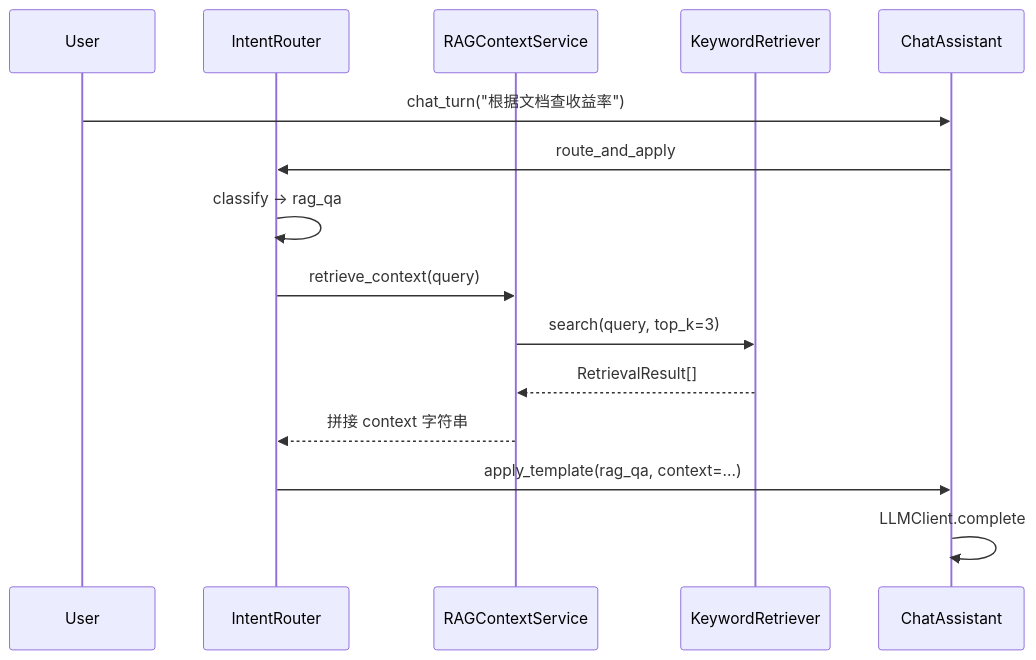
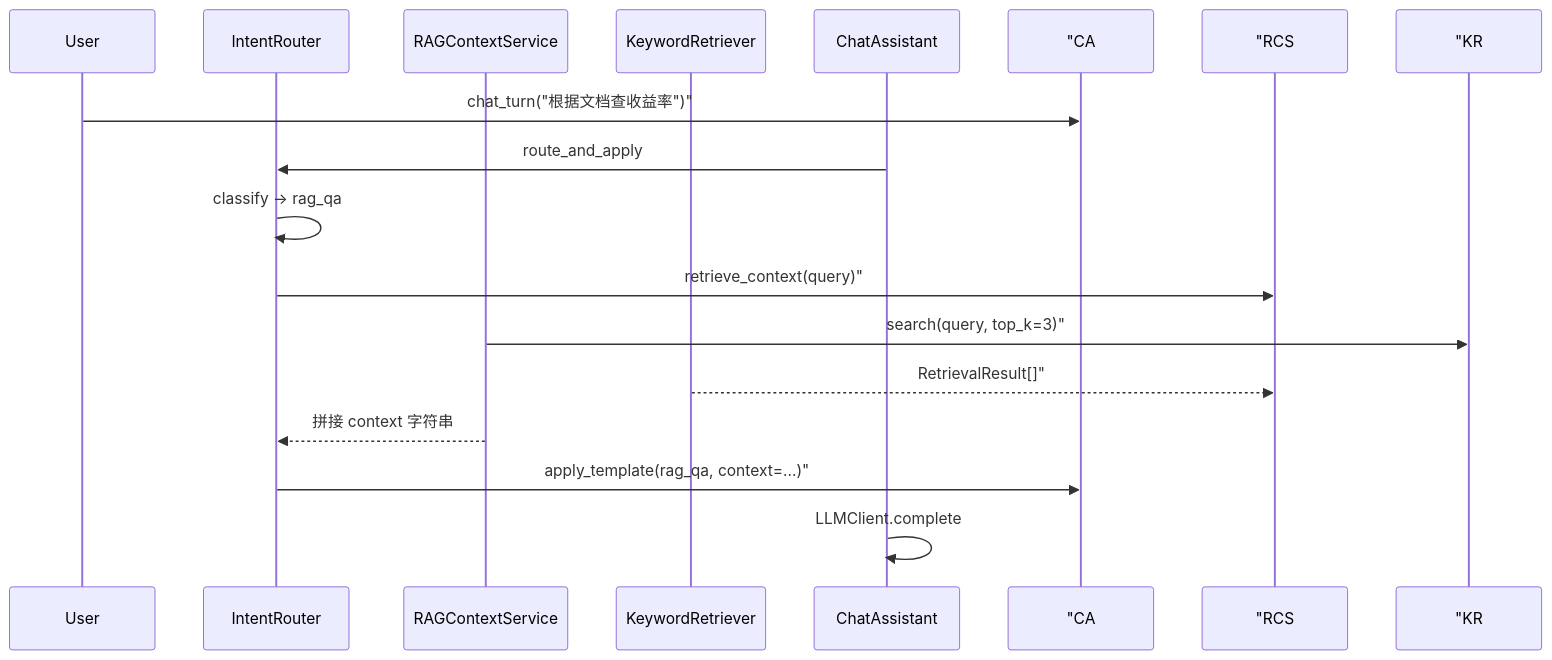
One commit to ab6539763/70_days_course_plus changed the third of 3 diagrams in course/day19/03_架构设计.md. Above: the diagram before and after it, drawn with Mermaid. The commit also changed other lines of this file and 134 other files, not shown here.

````diff
--- a/course/day19/03_架构设计.md
+++ b/course/day19/03_架构设计.md
@@ -75,18 +75,18 @@
 ```mermaid
 sequenceDiagram
     participant User
     participant IR as IntentRouter
     participant RCS as RAGContextService
     participant KR as KeywordRetriever
     participant CA as ChatAssistant
 
-    User->>CA: chat_turn("根据文档查收益率")
+    User->> "CA: chat_turn("根据文档查收益率")"
     CA->>IR: route_and_apply
     IR->>IR: classify → rag_qa
-    IR->>RCS: retrieve_context(query)
-    RCS->>KR: search(query, top_k=3)
-    KR-->>RCS: RetrievalResult[]
+    IR->> "RCS: retrieve_context(query)"
+    RCS->> "KR: search(query, top_k=3)"
+    KR-->> "RCS: RetrievalResult[]"
     RCS-->>IR: 拼接 context 字符串
-    IR->>CA: apply_template(rag_qa, context=...)
+    IR->> "CA: apply_template(rag_qa, context=...)"
     CA->>CA: LLMClient.complete
 ```
````
